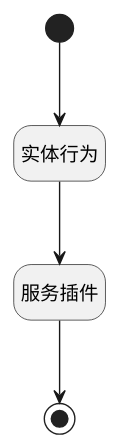
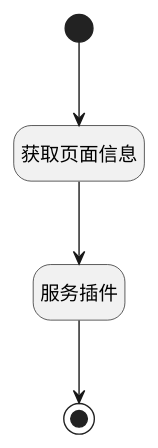
The diagram in doc/docsify/module/Wiki/article_page/logic/export_to_pdf.md (iBizLab/plm), drawn with PlantUML before and after one commit. The commit also changed other lines of this file and 1778 other files, not shown here.

````diff
--- a/doc/docsify/module/Wiki/article_page/logic/export_to_pdf.md
+++ b/doc/docsify/module/Wiki/article_page/logic/export_to_pdf.md
@@ -7,23 +7,23 @@
 ```plantuml
 @startuml
 hide empty description
 <style>
 root {
   HyperlinkColor #42b983
 }
 </style>
 
 hide empty description
 state "开始" as Begin <<start>> [[$./export_to_pdf#begin {"开始"}]]
-state "实体行为" as DEACTION1  [[$./export_to_pdf#deaction1 {"实体行为"}]]
+state "获取页面信息" as DEACTION1  [[$./export_to_pdf#deaction1 {"获取页面信息"}]]
 state "结束" as END1 <<end>> [[$./export_to_pdf#end1 {"结束"}]]
 state "服务插件" as SFPLUGIN1  [[$./export_to_pdf#sfplugin1 {"服务插件"}]]
 
 
 Begin --> DEACTION1
 DEACTION1 --> SFPLUGIN1
 SFPLUGIN1 --> END1
 
 
 @enduml
 ```
````
